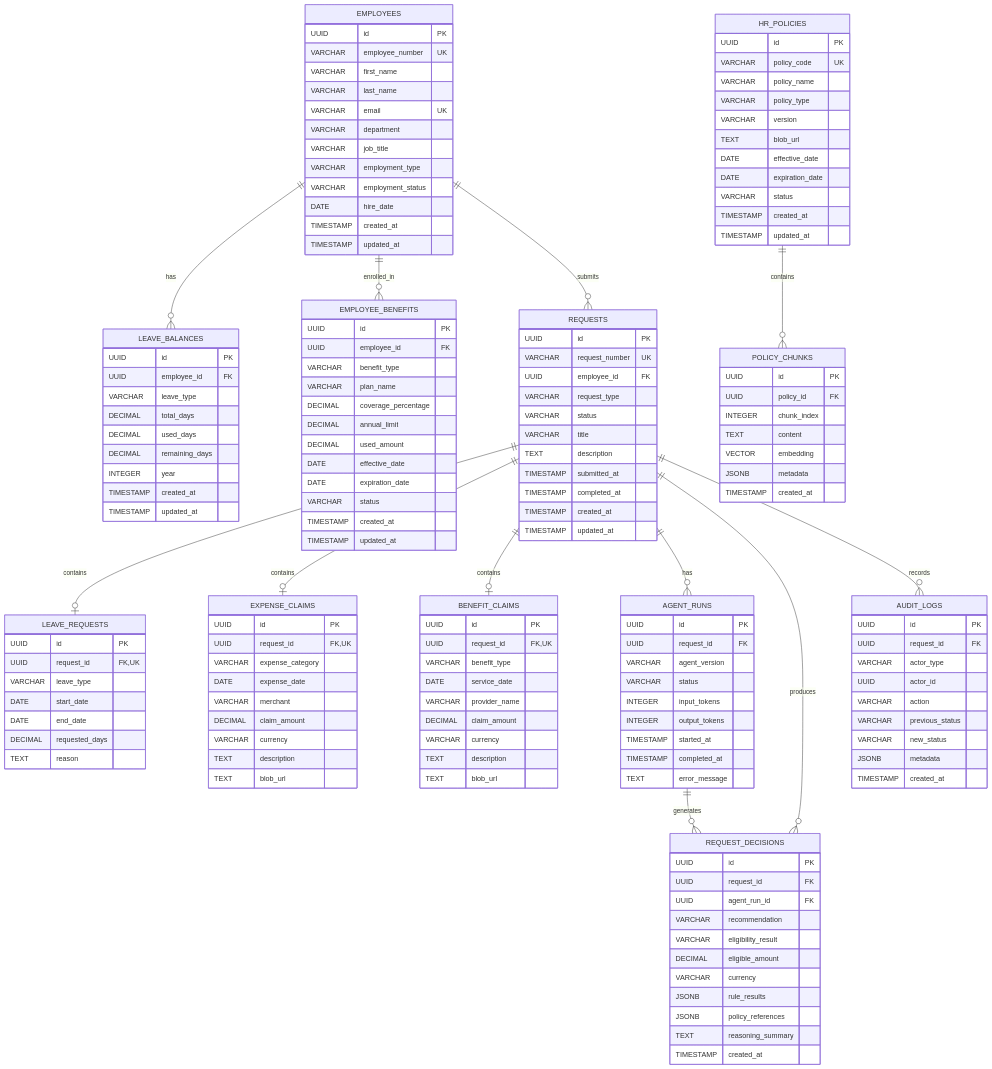
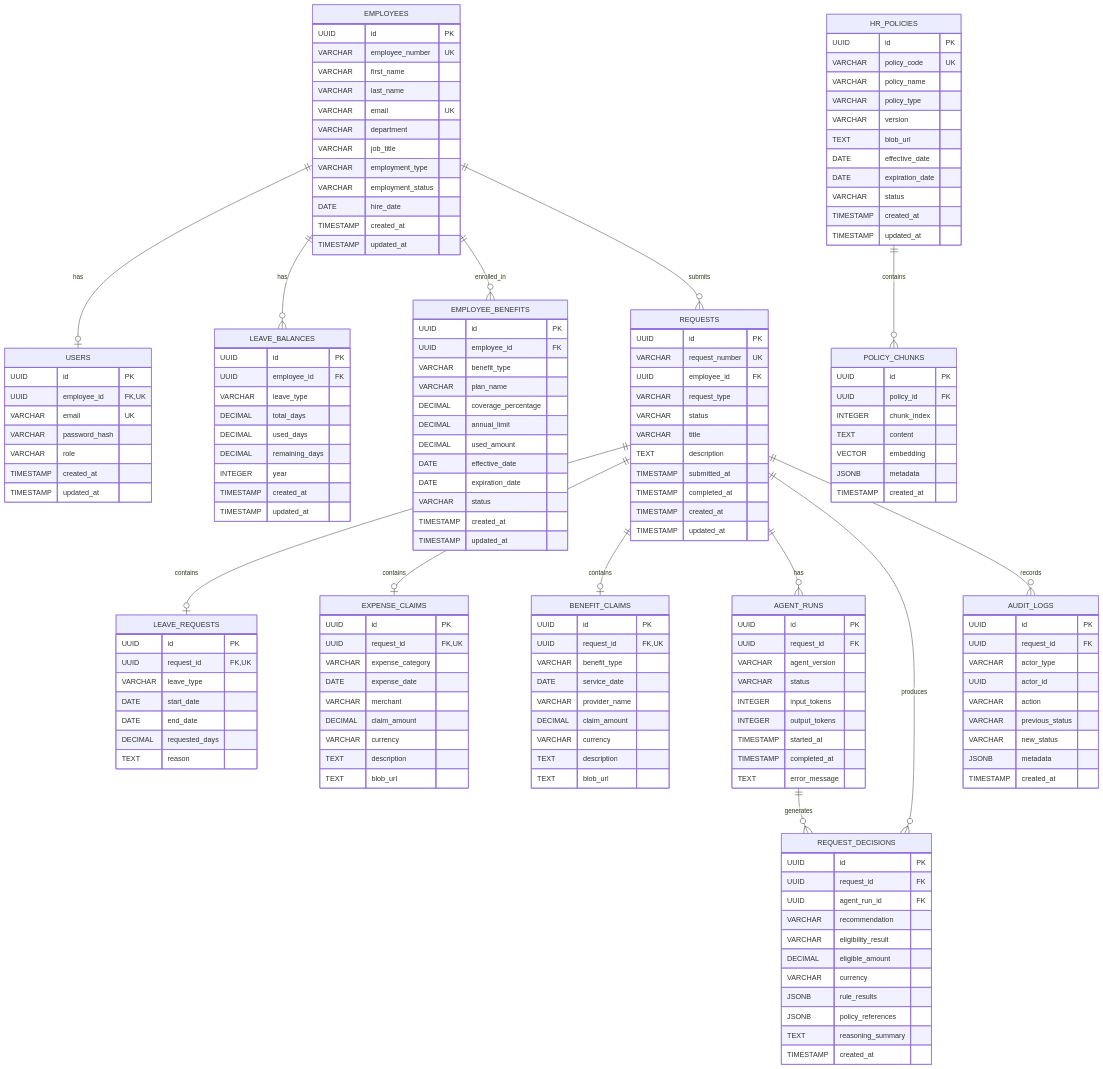
One commit to xTorch8/intelligent-hr-request-agent changed the diagram in README.md. Above: the diagram before and after it, drawn with Mermaid. The commit also changed 18 other files, not shown here.

```diff
--- a/README.md
+++ b/README.md
@@ -239,7 +239,18 @@
     }
 
 
+    USERS {
+        UUID id PK
+        UUID employee_id FK,UK
+        VARCHAR email UK
+        VARCHAR password_hash
+        VARCHAR role
+        TIMESTAMP created_at
+        TIMESTAMP updated_at
+    }
+
     %% Employee relationships
+    EMPLOYEES ||--o| USERS : has
     EMPLOYEES ||--o{ LEAVE_BALANCES : has
     EMPLOYEES ||--o{ EMPLOYEE_BENEFITS : enrolled_in
     EMPLOYEES ||--o{ REQUESTS : submits
```
